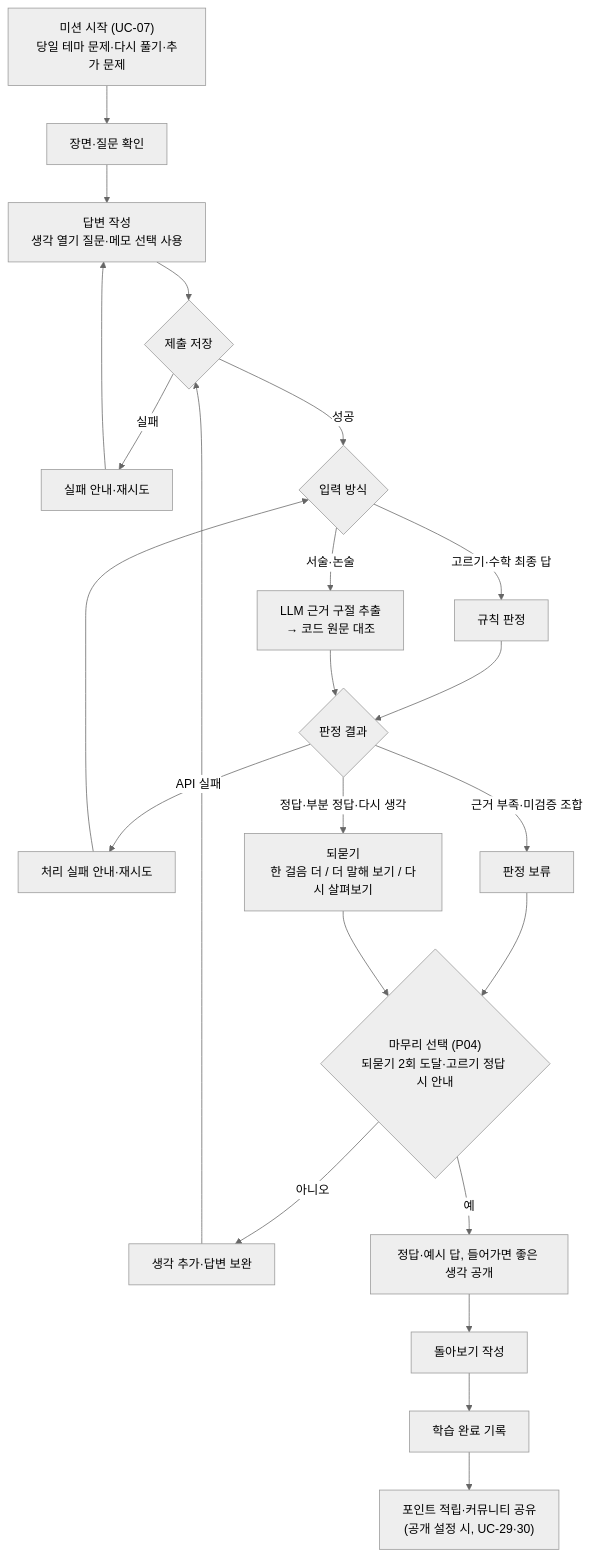
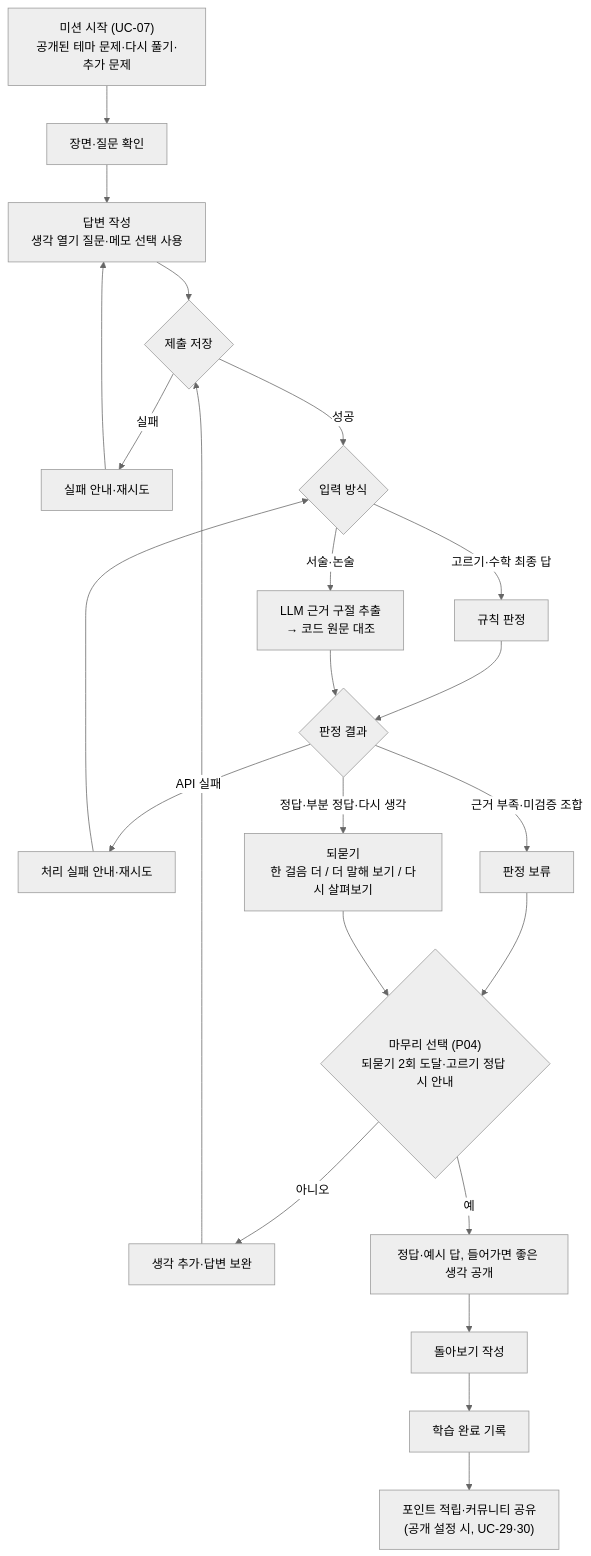
One commit to SKNETWORKS-FAMILY-AICAMP/SKN34-FINAL-3TEAM changed the fifth of 5 diagrams in docs/design/usecase.md. Above: the diagram before and after it, drawn with Mermaid (neutral theme). The commit also changed other lines of this file and 14 other files, not shown here.

````diff
--- a/docs/design/usecase.md
+++ b/docs/design/usecase.md
@@ -253,22 +253,22 @@
 ```mermaid
 flowchart TD
-  A["미션 시작 (UC-07)<br/>당일 테마 문제·다시 풀기·추가 문제"] --> B["장면·질문 확인"]
+  A["미션 시작 (UC-07)<br/>공개된 테마 문제·다시 풀기·추가 문제"] --> B["장면·질문 확인"]
   B --> C["답변 작성<br/>생각 열기 질문·메모 선택 사용"]
   C --> D{"제출 저장"}
   D -->|"실패"| D1["실패 안내·재시도"] --> C
   D -->|"성공"| E{"입력 방식"}
   E -->|"고르기·수학 최종 답"| F["규칙 판정"]
   E -->|"서술·논술"| G["LLM 근거 구절 추출<br/>→ 코드 원문 대조"]
   F --> H{"판정 결과"}
   G --> H
   H -->|"API 실패"| J["처리 실패 안내·재시도"] --> E
   H -->|"근거 부족·미검증 조합"| I["판정 보류"]
   H -->|"정답·부분 정답·다시 생각"| K["되묻기<br/>한 걸음 더 / 더 말해 보기 / 다시 살펴보기"]
   I --> L{"마무리 선택 (P04)<br/>되묻기 2회 도달·고르기 정답 시 안내"}
   K --> L
   L -->|"아니오"| M["생각 추가·답변 보완"] --> D
   L -->|"예"| N["정답·예시 답, 들어가면 좋은 생각 공개"]
   N --> O["돌아보기 작성"]
   O --> P["학습 완료 기록"]
   P --> Q["포인트 적립·커뮤니티 공유<br/>(공개 설정 시, UC-29·30)"]
 ```
````
